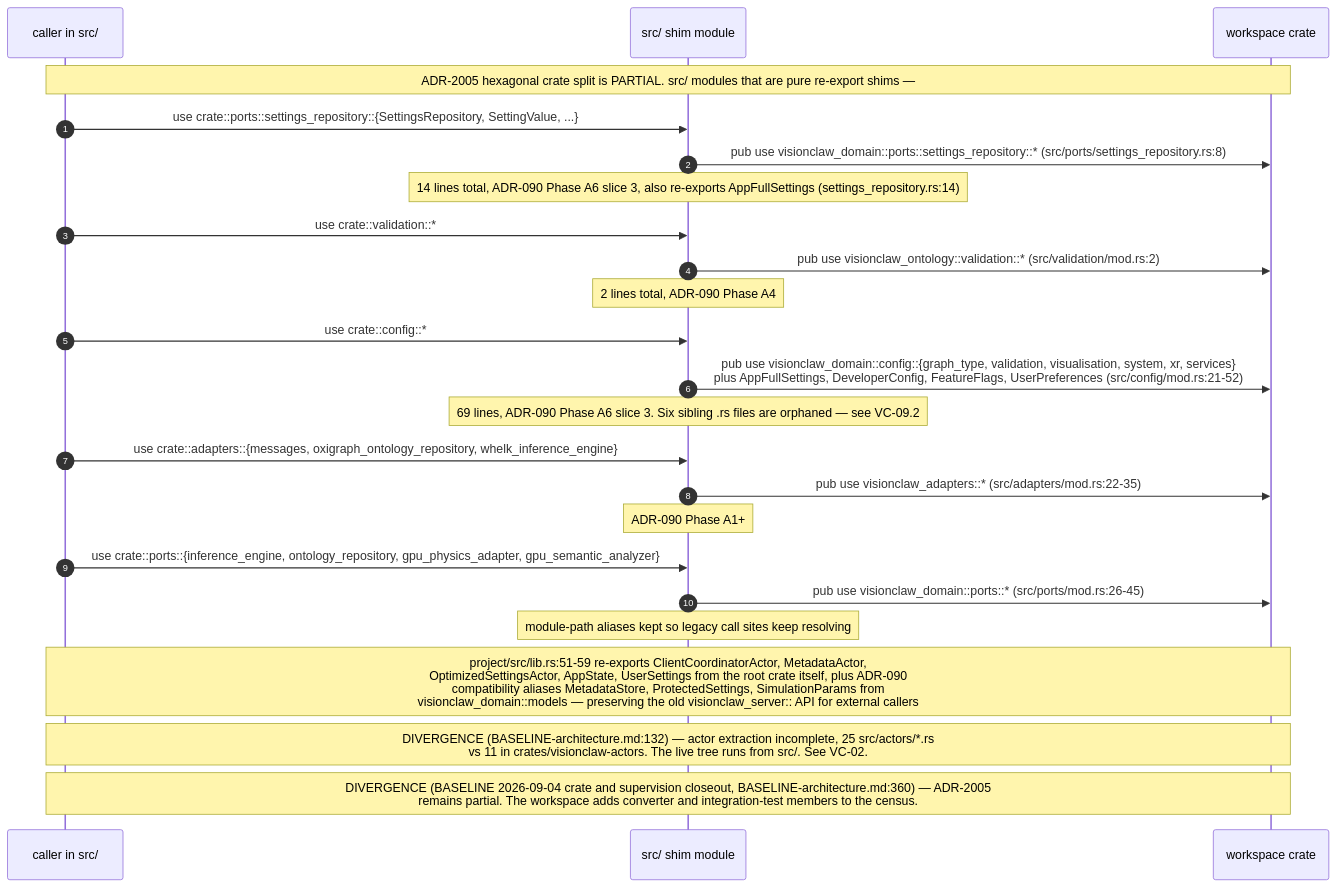
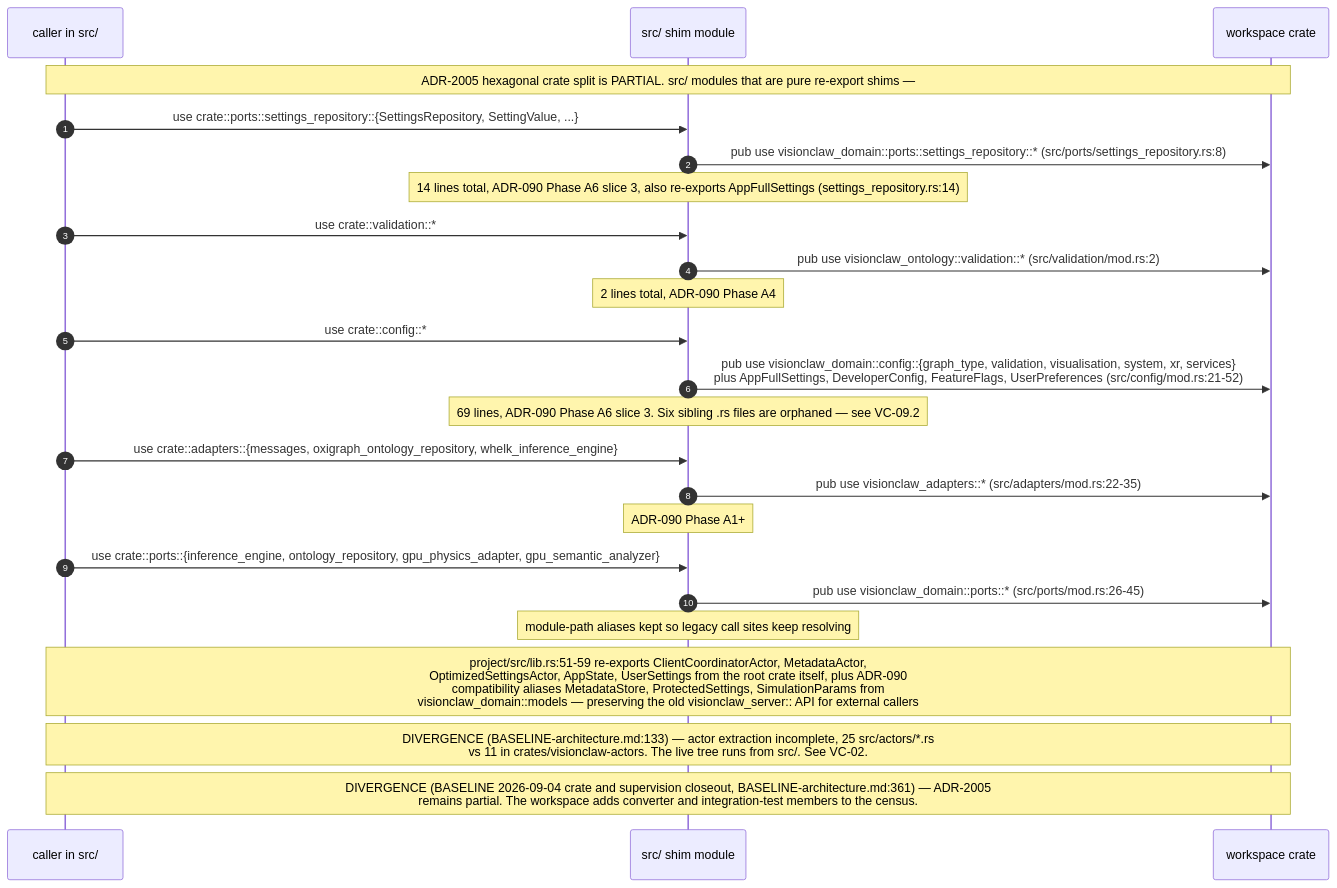
Before and after one commit to DreamLab-AI/VisionFlow: the second of 9 diagrams in docs/diagrams/visionclaw/07-hexagonal-ports-and-crates.md, drawn with Mermaid. The commit also changed other lines of this file and 151 other files, not shown here.

````diff
--- a/docs/diagrams/visionclaw/07-hexagonal-ports-and-crates.md
+++ b/docs/diagrams/visionclaw/07-hexagonal-ports-and-crates.md
@@ -113,27 +113,27 @@
 ```mermaid
 sequenceDiagram
     autonumber
     participant C as caller in src/
     participant SH as src/ shim module
     participant CR as workspace crate
 
     Note over C,CR: ADR-2005 hexagonal crate split is PARTIAL. src/ modules that are pure re-export shims —
     C->>SH: use crate::ports::settings_repository::{SettingsRepository, SettingValue, ...}
     SH->>CR: pub use visionclaw_domain::ports::settings_repository::* (src/ports/settings_repository.rs:8)
     Note over SH: 14 lines total, ADR-090 Phase A6 slice 3, also re-exports AppFullSettings (settings_repository.rs:14)
     C->>SH: use crate::validation::*
     SH->>CR: pub use visionclaw_ontology::validation::* (src/validation/mod.rs:2)
     Note over SH: 2 lines total, ADR-090 Phase A4
     C->>SH: use crate::config::*
     SH->>CR: pub use visionclaw_domain::config::{graph_type, validation, visualisation, system, xr, services}<br/>plus AppFullSettings, DeveloperConfig, FeatureFlags, UserPreferences (src/config/mod.rs:21-52)
     Note over SH: 69 lines, ADR-090 Phase A6 slice 3. Six sibling .rs files are orphaned — see VC-09.2
     C->>SH: use crate::adapters::{messages, oxigraph_ontology_repository, whelk_inference_engine}
     SH->>CR: pub use visionclaw_adapters::* (src/adapters/mod.rs:22-35)
     Note over SH: ADR-090 Phase A1+
     C->>SH: use crate::ports::{inference_engine, ontology_repository, gpu_physics_adapter, gpu_semantic_analyzer}
     SH->>CR: pub use visionclaw_domain::ports::* (src/ports/mod.rs:26-45)
     Note over SH: module-path aliases kept so legacy call sites keep resolving
     Note over C,CR: project/src/lib.rs:51-59 re-exports ClientCoordinatorActor, MetadataActor,<br/>OptimizedSettingsActor, AppState, UserSettings from the root crate itself, plus ADR-090<br/>compatibility aliases MetadataStore, ProtectedSettings, SimulationParams from<br/>visionclaw_domain::models — preserving the old visionclaw_server:: API for external callers
-    Note over C,CR: DIVERGENCE (BASELINE-architecture.md:132) — actor extraction incomplete, 25 src/actors/*.rs<br/>vs 11 in crates/visionclaw-actors. The live tree runs from src/. See VC-02.
-    Note over C,CR: DIVERGENCE (BASELINE 2026-09-04 crate and supervision closeout, BASELINE-architecture.md:360) — ADR-2005<br/>remains partial. The workspace adds converter and integration-test members to the census.
+    Note over C,CR: DIVERGENCE (BASELINE-architecture.md:133) — actor extraction incomplete, 25 src/actors/*.rs<br/>vs 11 in crates/visionclaw-actors. The live tree runs from src/. See VC-02.
+    Note over C,CR: DIVERGENCE (BASELINE 2026-09-04 crate and supervision closeout, BASELINE-architecture.md:361) — ADR-2005<br/>remains partial. The workspace adds converter and integration-test members to the census.
 ```
````
